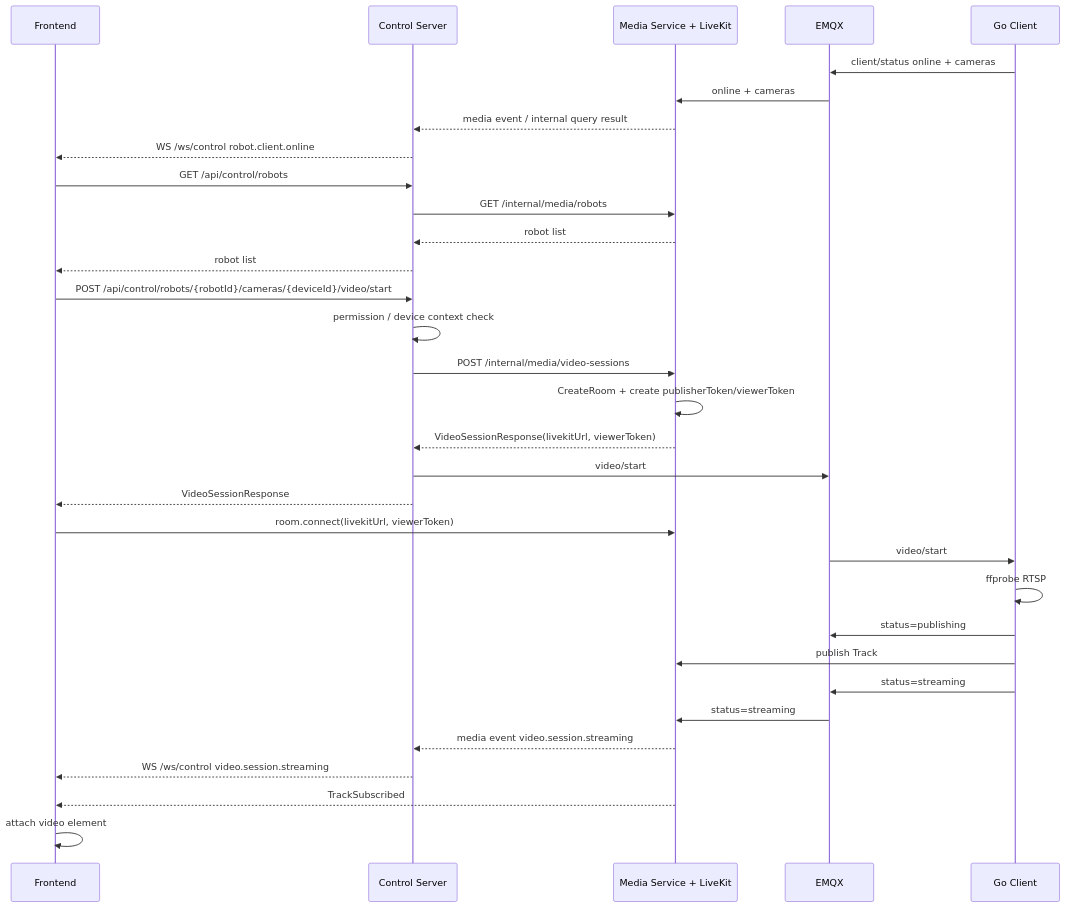
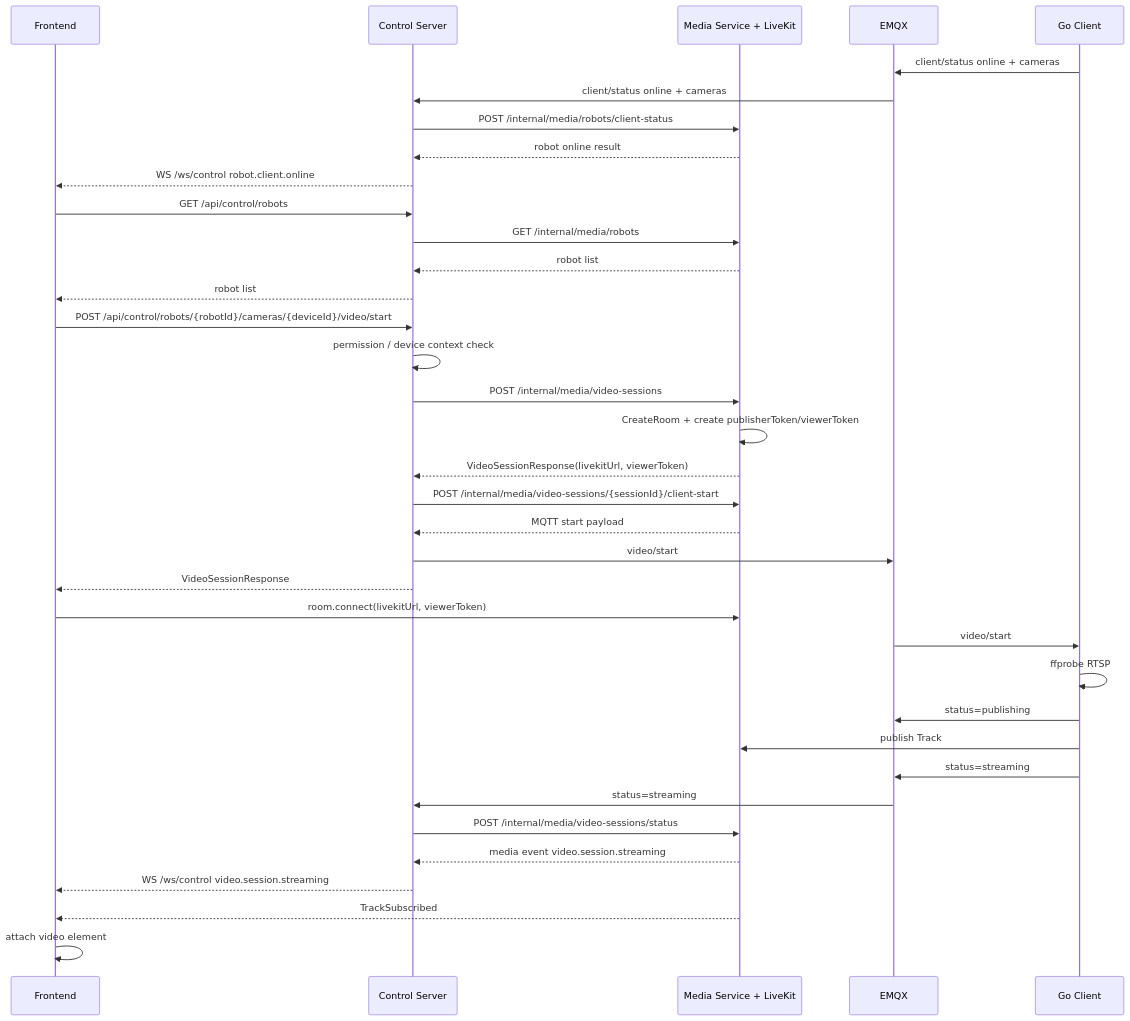
The diagram in docs/realtime-video-interface-flow.md (waleelay/robot), drawn with Mermaid before and after one commit. The commit also changed other lines of this file and 13 other files, not shown here.

First line of the commit message:
现在 Control 模块不再直接注入 Media 的 VideoSessionService、RobotRegistryService、Repository 等内部类，而是统一通过： ControlMediaServiceClient.java 调用 Media 的 /internal/media/** HTTP 接口。 同时补了配置： application.yml yaml

````diff
--- a/docs/realtime-video-interface-flow.md
+++ b/docs/realtime-video-interface-flow.md
@@ -1113,38 +1121,42 @@
 ```mermaid
 sequenceDiagram
     participant FE as Frontend
     participant CS as Control Server
     participant ML as Media Service + LiveKit
     participant MQ as EMQX
     participant GO as Go Client
 
     GO->>MQ: client/status online + cameras
-    MQ->>ML: online + cameras
-    ML-->>CS: media event / internal query result
+    MQ->>CS: client/status online + cameras
+    CS->>ML: POST /internal/media/robots/client-status
+    ML-->>CS: robot online result
     CS-->>FE: WS /ws/control robot.client.online
     FE->>CS: GET /api/control/robots
     CS->>ML: GET /internal/media/robots
     ML-->>CS: robot list
     CS-->>FE: robot list
 
     FE->>CS: POST /api/control/robots/{robotId}/cameras/{deviceId}/video/start
     CS->>CS: permission / device context check
     CS->>ML: POST /internal/media/video-sessions
     ML->>ML: CreateRoom + create publisherToken/viewerToken
     ML-->>CS: VideoSessionResponse(livekitUrl, viewerToken)
+    CS->>ML: POST /internal/media/video-sessions/{sessionId}/client-start
+    ML-->>CS: MQTT start payload
     CS->>MQ: video/start
     CS-->>FE: VideoSessionResponse
 
     FE->>ML: room.connect(livekitUrl, viewerToken)
 
     MQ->>GO: video/start
     GO->>GO: ffprobe RTSP
     GO->>MQ: status=publishing
     GO->>ML: publish Track
     GO->>MQ: status=streaming
-    MQ->>ML: status=streaming
+    MQ->>CS: status=streaming
+    CS->>ML: POST /internal/media/video-sessions/status
     ML-->>CS: media event video.session.streaming
     CS-->>FE: WS /ws/control video.session.streaming
     ML-->>FE: TrackSubscribed
     FE->>FE: attach video element
 ```
````
